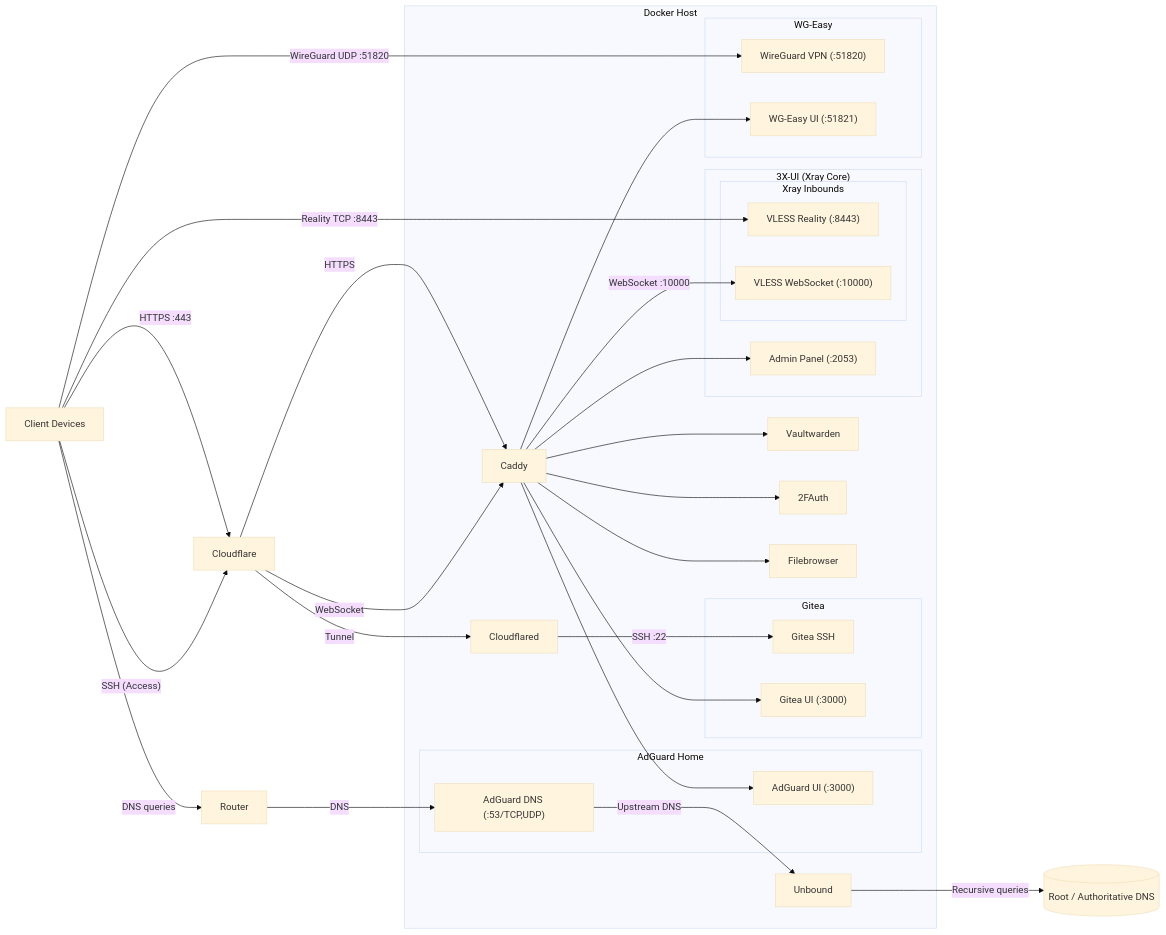
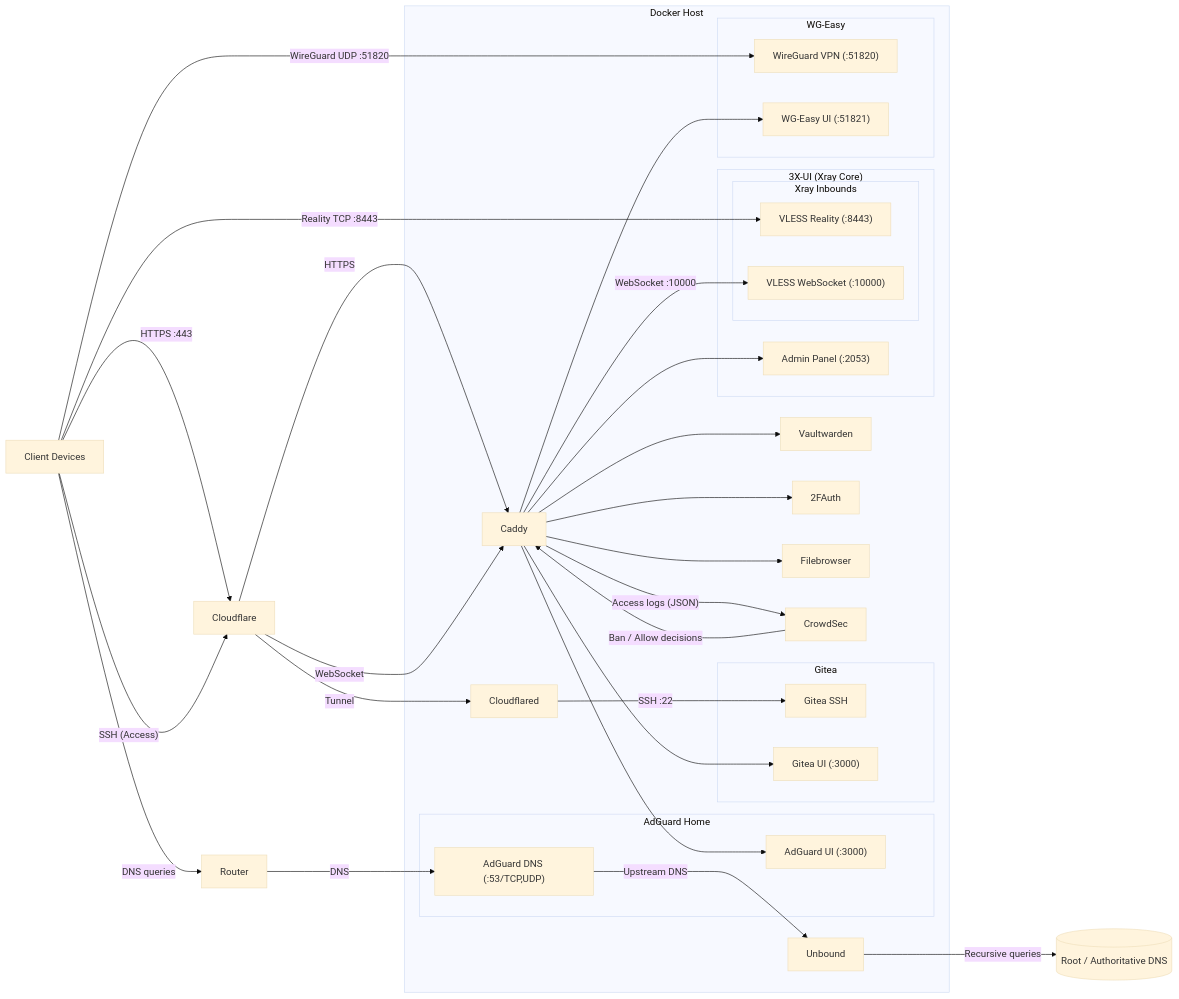
One commit to AndrewTrieu/selfhosted changed the diagram in README.md. Above: the diagram before and after it, drawn with Mermaid (base theme). The commit also changed other lines of this file and 5 other files, not shown here.

Commit message:
feat: Add CrowdSec

````diff
--- a/README.md
+++ b/README.md
@@ -40,80 +42,75 @@
 ```mermaid
 flowchart LR
     Client["Client Devices"]
 
-    %% =====================
     %% DNS flow
-    %% =====================
     Client -->|"DNS queries"| Router
     Router -->|"DNS"| AdGuardDNS
     AdGuardDNS -->|"Upstream DNS"| Unbound
     Unbound -->|"Recursive queries"| InternetDNS[(Root / Authoritative DNS)]
 
-    %% =====================
     %% Entry points
-    %% =====================
     Client -->|"HTTPS :443"| Cloudflare
     Client -->|Reality TCP :8443| XrayReality
     Client -->|WireGuard UDP :51820| WireGuardVPN
     Client -->|"SSH (Access)"| Cloudflare
 
-    %% =====================
     %% Web & CDN flow
-    %% =====================
     Cloudflare -->|"HTTPS"| Caddy
     Cloudflare -->|"Tunnel"| Cloudflared
 
     %% SSH tunnel
     Cloudflared -->|"SSH :22"| GiteaSSH
 
     %% Reverse proxy targets
     Caddy --> Vaultwarden
     Caddy --> TwoFAuth["2FAuth"]
     Caddy --> Filebrowser
     Caddy --> GiteaUI["Gitea UI"]
     Caddy --> AdGuardUI["AdGuard UI"]
     Caddy --> WGEasyUI["WG-Easy UI"]
     Caddy --> XUIAdmin["3X-UI Admin Panel"]
 
-    %% =====================
+    %% CrowdSec integration
+    Caddy -->|"Access logs (JSON)"| CrowdSec
+    CrowdSec -->|"Ban / Allow decisions"| Caddy
+
     %% VLESS over CDN (WebSocket only)
-    %% =====================
     Cloudflare -->|"WebSocket"| Caddy
     Caddy -->|WebSocket :10000| XrayWS
 
-    %% =====================
     %% Containers
-    %% =====================
     subgraph DockerHost["Docker Host"]
         Caddy
         Vaultwarden
         TwoFAuth
         Filebrowser
         Unbound
         Cloudflared
+        CrowdSec
 
         subgraph AdGuardHome["AdGuard Home"]
             AdGuardDNS["AdGuard DNS (:53/TCP,UDP)"]
             AdGuardUI["AdGuard UI (:3000)"]
         end
 
         subgraph Gitea["Gitea"]
             GiteaSSH["Gitea SSH"]
             GiteaUI["Gitea UI (:3000)"]
         end
 
         subgraph XUI["3X-UI (Xray Core)"]
             XUIAdmin["Admin Panel (:2053)"]
 
             subgraph XrayInbounds["Xray Inbounds"]
                 XrayWS["VLESS WebSocket (:10000)"]
                 XrayReality["VLESS Reality (:8443)"]
             end
         end
 
         subgraph WireGuardStack["WG-Easy"]
             WireGuardVPN["WireGuard VPN (:51820)"]
             WGEasyUI["WG-Easy UI (:51821)"]
         end
     end
 ```
````
